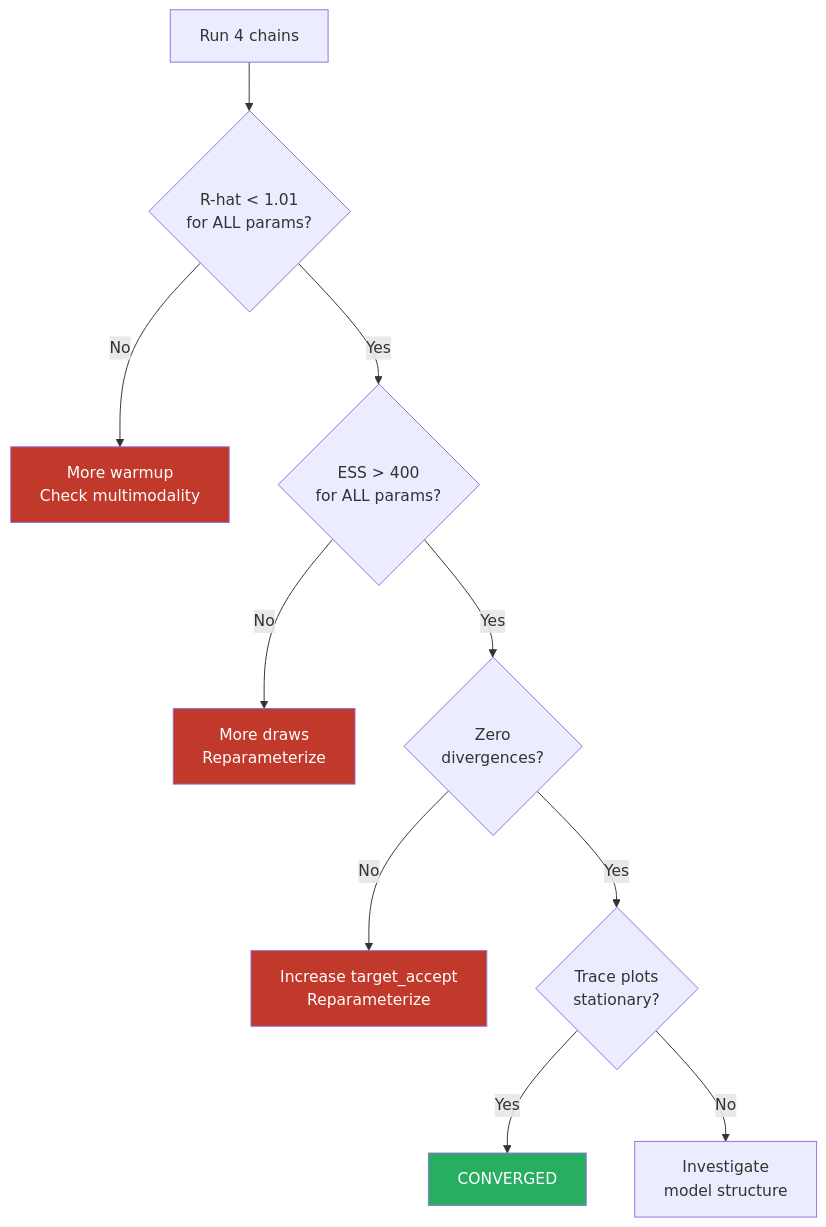
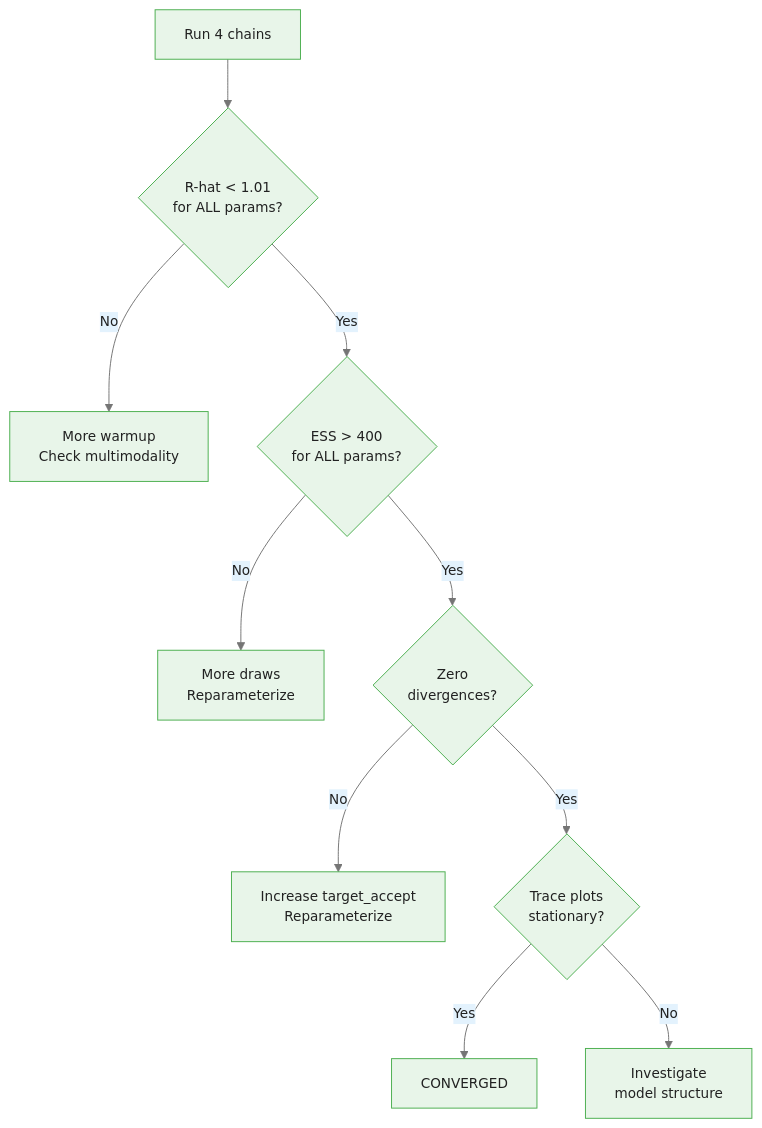
One commit to m-deane/course-creator changed the third of 4 diagrams in courses/bayesian-commodity-forecasting/modules/module_06_inference/guides/04_convergence_diagnostics_slides.md. Above: the diagram before and after it, drawn with Mermaid. The commit also changed other lines of this file and 104 other files, not shown here.

````diff
--- a/courses/bayesian-commodity-forecasting/modules/module_06_inference/guides/04_convergence_diagnostics_slides.md
+++ b/courses/bayesian-commodity-forecasting/modules/module_06_inference/guides/04_convergence_diagnostics_slides.md
@@ -326,16 +340,13 @@
 ```mermaid
+%%{init: {"theme": "base", "themeVariables": {"primaryColor": "#e8f5e9", "primaryBorderColor": "#4caf50", "primaryTextColor": "#212121", "secondaryColor": "#e3f2fd", "tertiaryColor": "#fff8e1", "lineColor": "#757575", "fontFamily": "Inter, sans-serif", "fontSize": "14px"}}}%%
 flowchart TD
     START["Run 4 chains"] --> RHAT{"R-hat < 1.01\nfor ALL params?"}
     RHAT -->|"No"| FIX1["More warmup\nCheck multimodality"]
     RHAT -->|"Yes"| ESS{"ESS > 400\nfor ALL params?"}
     ESS -->|"No"| FIX2["More draws\nReparameterize"]
     ESS -->|"Yes"| DIV{"Zero\ndivergences?"}
     DIV -->|"No"| FIX3["Increase target_accept\nReparameterize"]
     DIV -->|"Yes"| TRACE{"Trace plots\nstationary?"}
     TRACE -->|"Yes"| PASS["CONVERGED"]
     TRACE -->|"No"| FIX4["Investigate\nmodel structure"]
-    style PASS fill:#27ae60,color:#fff
-    style FIX1 fill:#c0392b,color:#fff
-    style FIX2 fill:#c0392b,color:#fff
-    style FIX3 fill:#c0392b,color:#fff
 ```
````
